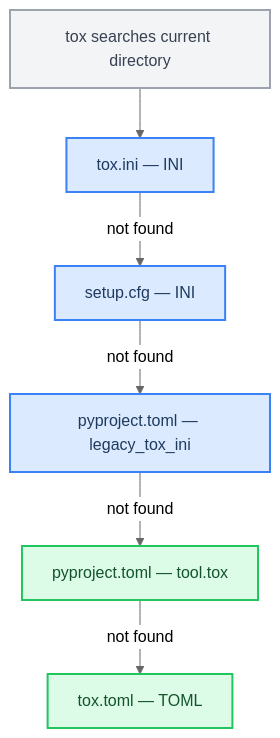
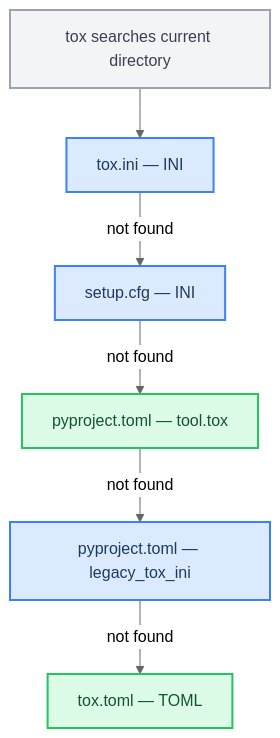
The diagram in docs/reference/config.rst (tox-dev/tox), drawn with Mermaid (neutral theme) before and after one commit. The commit also changed other lines of this file and 4 other files, not shown here.

Commit message:
Prefer TOML-native config over legacy_tox_ini in pyproject.toml

```diff
--- a/docs/reference/config.rst
+++ b/docs/reference/config.rst
@@ -34,16 +34,16 @@
 .. mermaid::
 
     flowchart TD
         search[tox searches current directory] --> tox_ini
         tox_ini[tox.ini — INI] -- not found --> setup_cfg[setup.cfg — INI]
-        setup_cfg -- not found --> pyproject_legacy[pyproject.toml — legacy_tox_ini]
-        pyproject_legacy -- not found --> pyproject_native[pyproject.toml — tool.tox]
-        pyproject_native -- not found --> tox_toml[tox.toml — TOML]
+        setup_cfg -- not found --> pyproject_native[pyproject.toml — tool.tox]
+        pyproject_native -- not found --> pyproject_legacy[pyproject.toml — legacy_tox_ini]
+        pyproject_legacy -- not found --> tox_toml[tox.toml — TOML]
 
         classDef ini fill:#dbeafe,stroke:#3b82f6,stroke-width:2px,color:#1e3a5f
         classDef toml fill:#dcfce7,stroke:#22c55e,stroke-width:2px,color:#14532d
         classDef start fill:#f3f4f6,stroke:#9ca3af,stroke-width:2px,color:#374151
 
         class tox_ini,setup_cfg,pyproject_legacy ini
         class pyproject_native,tox_toml toml
         class search start
```
